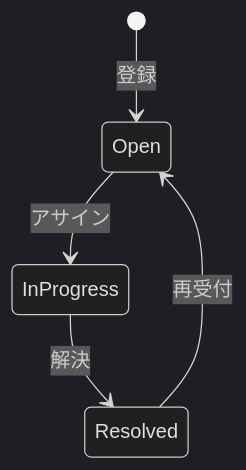
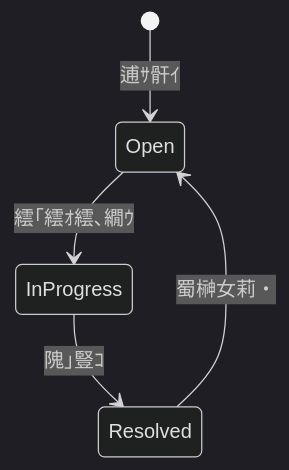
One commit to kumachan1101-pixel/DesignPattern changed the first of 11 diagrams in kindle/design-patterns/output/chapter09_2.md. Above: the diagram before and after it, drawn with Mermaid (dark theme). The commit also changed other lines of this file and 4 other files, not shown here.

````diff
--- a/kindle/design-patterns/output/chapter09_2.md
+++ b/kindle/design-patterns/output/chapter09_2.md
@@ -84,7 +84,7 @@
 ```mermaid
 stateDiagram-v2
-    [*] --> Open : 登録
-    Open --> InProgress : アサイン
-    InProgress --> Resolved : 解決
-    Resolved --> Open : 再受付
+    [*] --> Open : 逋ｻ骭ｲ
+    Open --> InProgress : 繧｢繧ｵ繧､繝ｳ
+    InProgress --> Resolved : 隗｣豎ｺ
+    Resolved --> Open : 蜀榊女莉・
 ```
````
